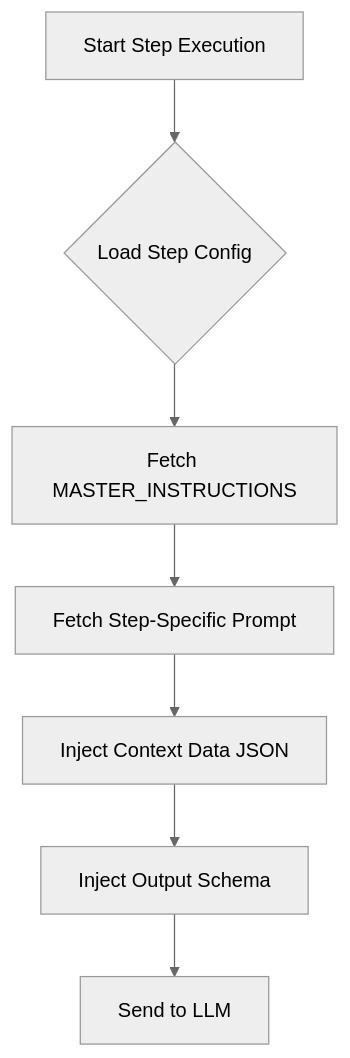
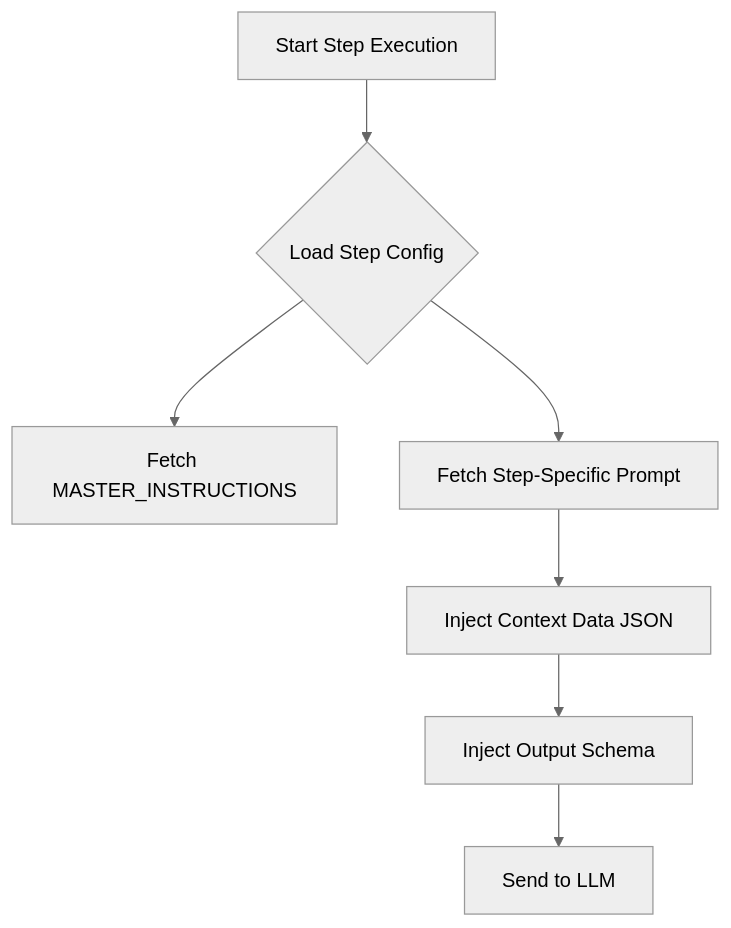
Before and after one commit to launis/quorum: the first of 2 diagrams in docs/prompt_engineering.md, drawn with Mermaid (neutral theme). The commit also changed other lines of this file and 31 other files, not shown here.

````diff
--- a/docs/prompt_engineering.md
+++ b/docs/prompt_engineering.md
@@ -13,9 +13,9 @@
 ```mermaid
 graph TD
     A[Start Step Execution] --> B{Load Step Config};
     B --> C[Fetch MASTER_INSTRUCTIONS];
-    C --> D[Fetch Step-Specific Prompt];
+    B --> D[Fetch Step-Specific Prompt];
     D --> E[Inject Context Data JSON];
     E --> F[Inject Output Schema];
     F --> G[Send to LLM];
 ```
````
